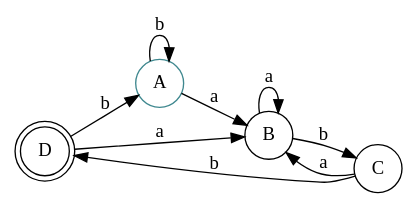
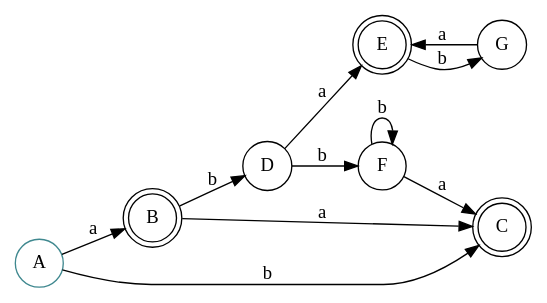
One commit to josepablito16/Regex-Engine changed the diagram in Entrega final/DFA_Directo_Actual.gv. Above: the diagram before and after it, drawn with Graphviz. The commit also changed 10 other files, not shown here.

```diff
--- a/Entrega final/DFA_Directo_Actual.gv
+++ b/Entrega final/DFA_Directo_Actual.gv
@@ -1,15 +1,19 @@
 digraph finite_state_machine {
 	rankdir=LR size="8,5"
 	node [shape=doublecircle]
-	D
+	B
+	C
+	E
 	node [shape=circle]
 	A [color="#3F888F"]
 	A -> B [label=a]
-	A -> A [label=b]
-	B -> B [label=a]
-	B -> C [label=b]
-	C -> B [label=a]
-	C -> D [label=b]
-	D -> B [label=a]
-	D -> A [label=b]
+	A -> C [label=b]
+	B -> C [label=a]
+	B -> D [label=b]
+	D -> E [label=a]
+	D -> F [label=b]
+	E -> G [label=b]
+	F -> C [label=a]
+	F -> F [label=b]
+	G -> E [label=a]
 }
```
